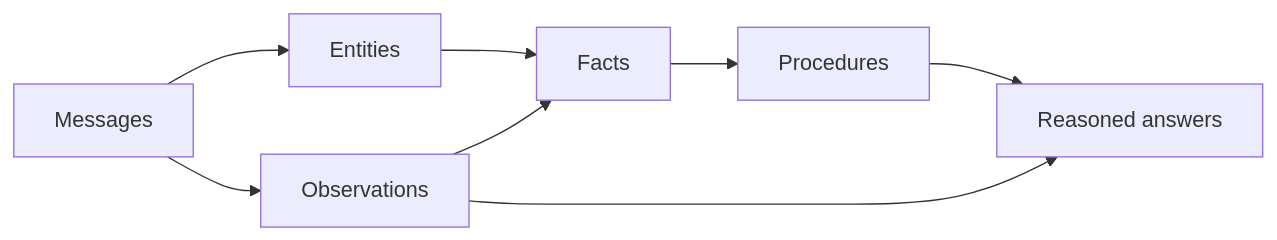
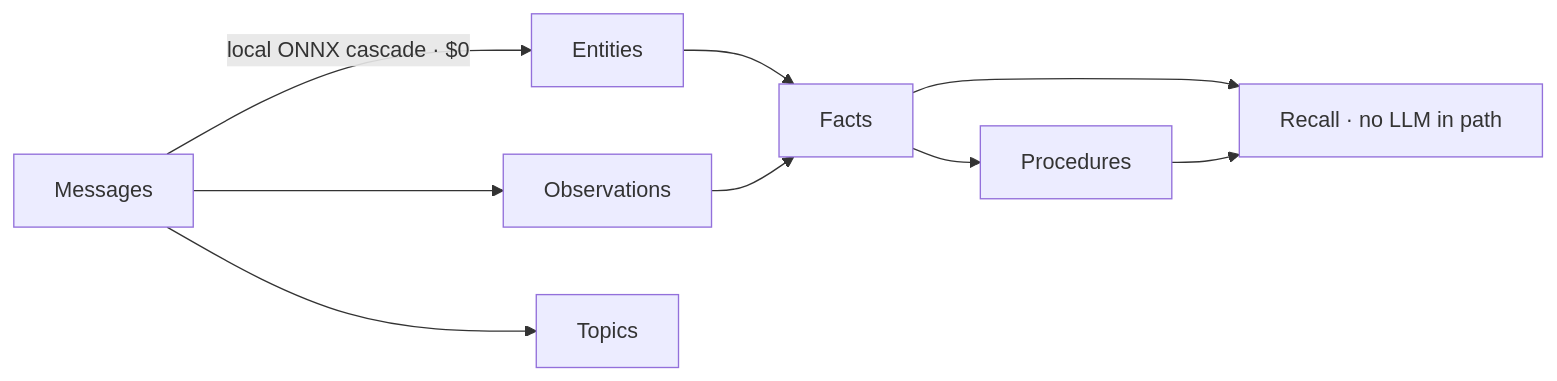
One commit to milliondreams/uniko changed the diagram in website/docs/index.md. Above: the diagram before and after it, drawn with Mermaid. The commit also changed other lines of this file and 22 other files, not shown here.

````diff
--- a/website/docs/index.md
+++ b/website/docs/index.md
@@ -52,10 +47,11 @@
 ```mermaid
 flowchart LR
-  M[Messages] --> E[Entities]
+  M[Messages] -->|local ONNX cascade · $0| E[Entities]
   M --> O[Observations]
   E --> F[Facts]
   O --> F
   F --> P[Procedures]
-  P --> A[Reasoned answers]
-  O --> A
+  M --> T[Topics]
+  F --> A[Recall · no LLM in path]
+  P --> A
 ```
````
